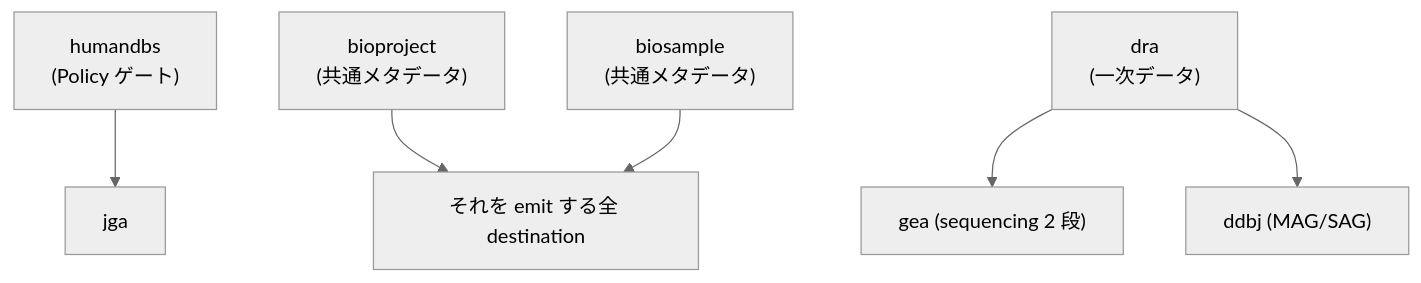
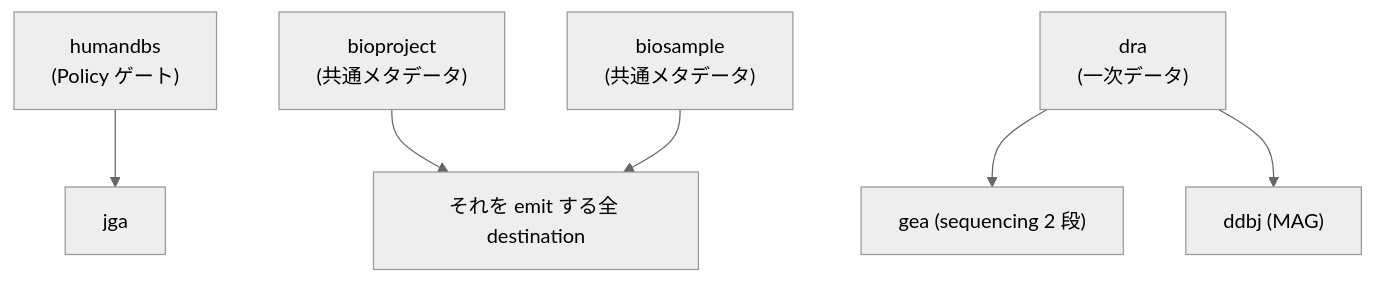
One commit to ddbj/db-portal changed the second of 4 diagrams in docs/submit.md. Above: the diagram before and after it, drawn with Mermaid (neutral theme). The commit also changed other lines of this file and 14 other files, not shown here.

Commit message:
Correct submission content accuracy for GEA, JGA, NSSS, MSS genome/SAG, and DRA embargo semantics, and gate the DDBJ account prompt on actual DDBJ-login services instead of service role

````diff
--- a/docs/submit.md
+++ b/docs/submit.md
@@ -109,8 +109,8 @@
 ```mermaid
 graph TD
   humandbs["humandbs<br/>(Policy ゲート)"] --> jga
   bioproject["bioproject<br/>(共通メタデータ)"] --> dest["それを emit する全 destination"]
   biosample["biosample<br/>(共通メタデータ)"] --> dest
   dra["dra<br/>(一次データ)"] --> gea["gea (sequencing 2 段)"]
-  dra --> ddbj["ddbj (MAG/SAG)"]
+  dra --> ddbj["ddbj (MAG)"]
 ```
````
